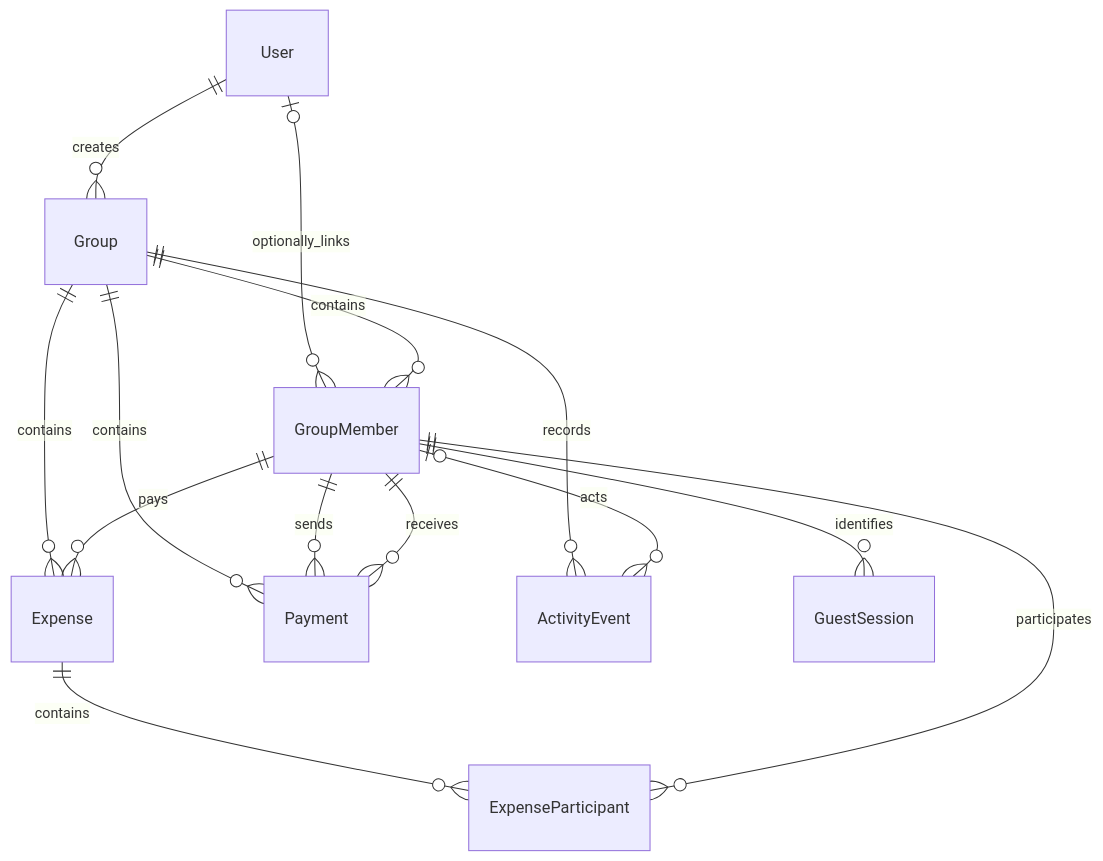
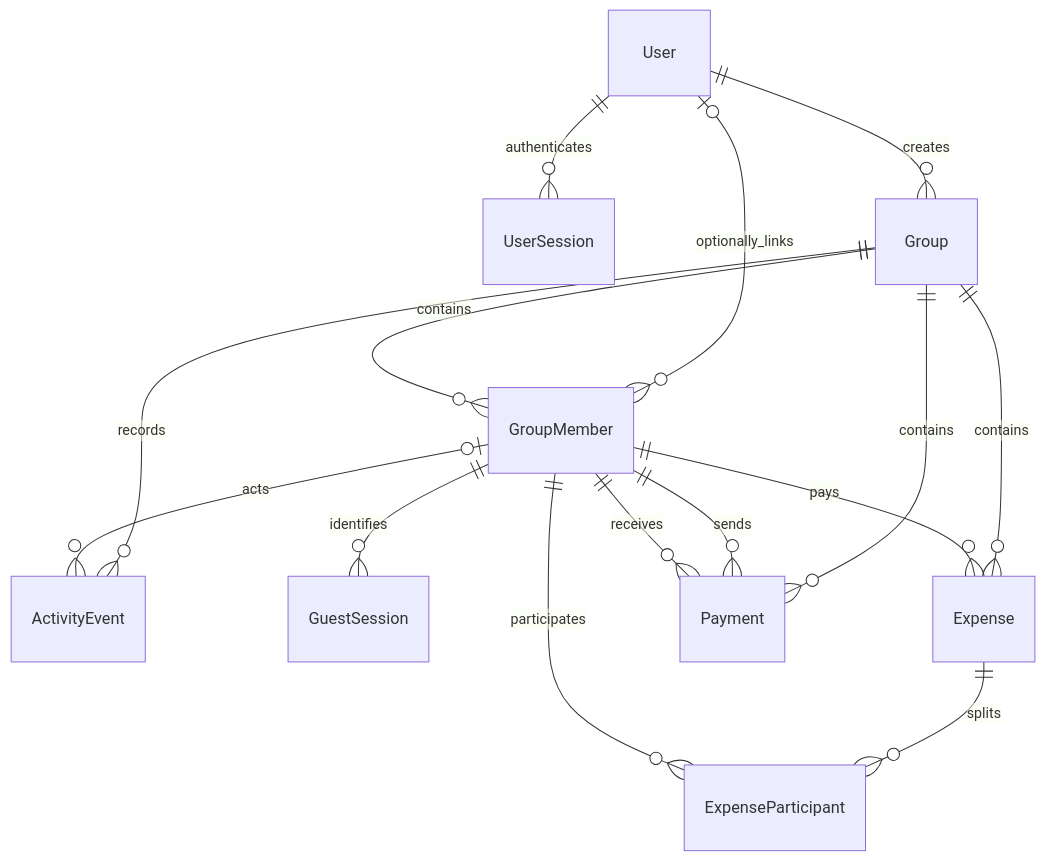
Before and after one commit to hamdqasim25/Split-Mate: the diagram in docs/database-design.md, drawn with Mermaid. The commit also changed other lines of this file and 9 other files, not shown here.

Commit message:
Update documentation for authenticated group and dashboard flows

````diff
--- a/docs/database-design.md
+++ b/docs/database-design.md
@@ -24,16 +23,17 @@
 ```mermaid
 erDiagram
+    User ||--o{ UserSession : authenticates
     User ||--o{ Group : creates
     User o|--o{ GroupMember : optionally_links
     Group ||--o{ GroupMember : contains
+    Group ||--o{ ActivityEvent : records
+    GroupMember o|--o{ ActivityEvent : acts
+    GroupMember ||--o{ GuestSession : identifies
     Group ||--o{ Expense : contains
     GroupMember ||--o{ Expense : pays
-    Expense ||--o{ ExpenseParticipant : contains
+    Expense ||--o{ ExpenseParticipant : splits
     GroupMember ||--o{ ExpenseParticipant : participates
     Group ||--o{ Payment : contains
     GroupMember ||--o{ Payment : sends
     GroupMember ||--o{ Payment : receives
-    Group ||--o{ ActivityEvent : records
-    GroupMember o|--o{ ActivityEvent : acts
-    GroupMember ||--o{ GuestSession : identifies
 ```
````
